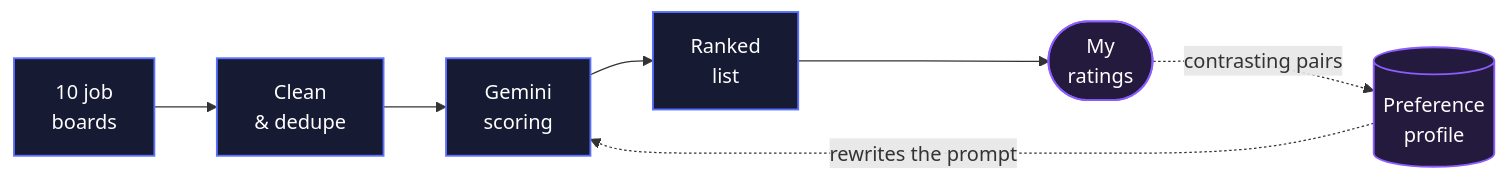
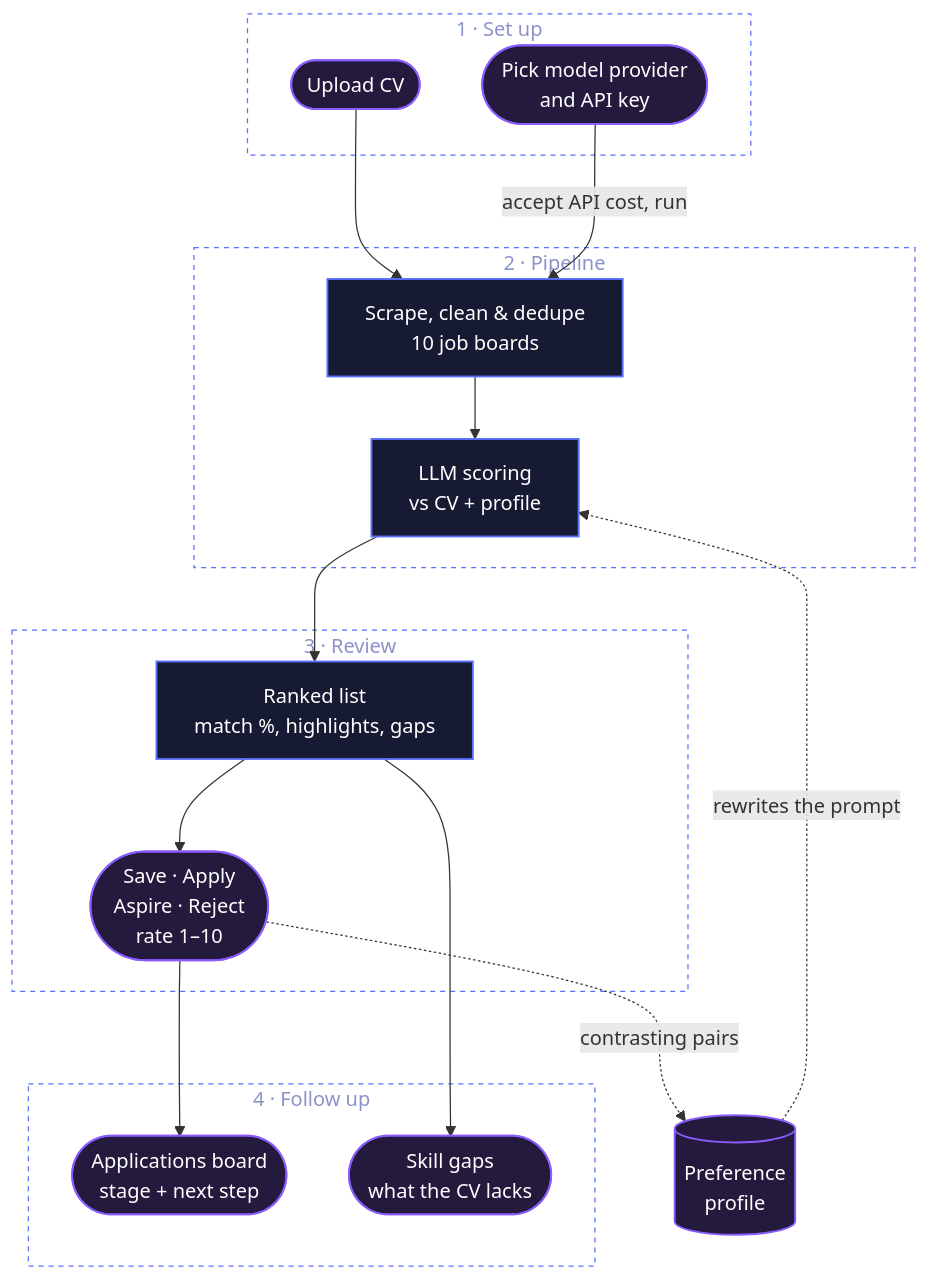
The diagram in README.md (albmoss/job-finder), drawn with Mermaid before and after one commit. The commit also changed other lines of this file and 30 other files, not shown here.

````diff
--- a/README.md
+++ b/README.md
@@ -31,14 +31,35 @@
 ```mermaid
-flowchart LR
-    boards["10 job<br/>boards"] --> clean["Clean<br/>& dedupe"]
-    clean --> score["Gemini<br/>scoring"]
-    score --> ui["Ranked<br/>list"]
-    ui --> ratings(["My<br/>ratings"])
-    ratings -. "contrasting pairs" .-> profile[("Preference<br/>profile")]
+flowchart TB
+    subgraph setup["1 · Set up"]
+        cv(["Upload CV"])
+        provider(["Pick model provider<br/>and API key"])
+    end
+
+    subgraph pipeline["2 · Pipeline"]
+        boards["Scrape, clean & dedupe<br/>10 job boards"] --> score["LLM scoring<br/>vs CV + profile"]
+    end
+
+    subgraph review["3 · Review"]
+        list["Ranked list<br/>match %, highlights, gaps"] --> decide(["Save · Apply<br/>Aspire · Reject<br/>rate 1–10"])
+    end
+
+    subgraph act["4 · Follow up"]
+        board(["Applications board<br/>stage + next step"])
+        gaps(["Skill gaps<br/>what the CV lacks"])
+    end
+
+    cv --> boards
+    provider -- "accept API cost, run" --> boards
+    score --> list
+    decide --> board
+    list --> gaps
+    decide -. "contrasting pairs" .-> profile[("Preference<br/>profile")]
     profile -. "rewrites the prompt" .-> score
 
     classDef step fill:#161a33,stroke:#5A70FF,stroke-width:1.5px,color:#ffffff
     classDef me fill:#241a3d,stroke:#8B5CFF,stroke-width:1.5px,color:#ffffff
-    class boards,clean,score,ui step
-    class ratings,profile me
+    classDef stage fill:none,stroke:#5A70FF,stroke-width:1px,stroke-dasharray:4 4,color:#8b93c9
+    class boards,score,list step
+    class cv,provider,decide,board,gaps,profile me
+    class setup,pipeline,review,act stage
 ```
````
